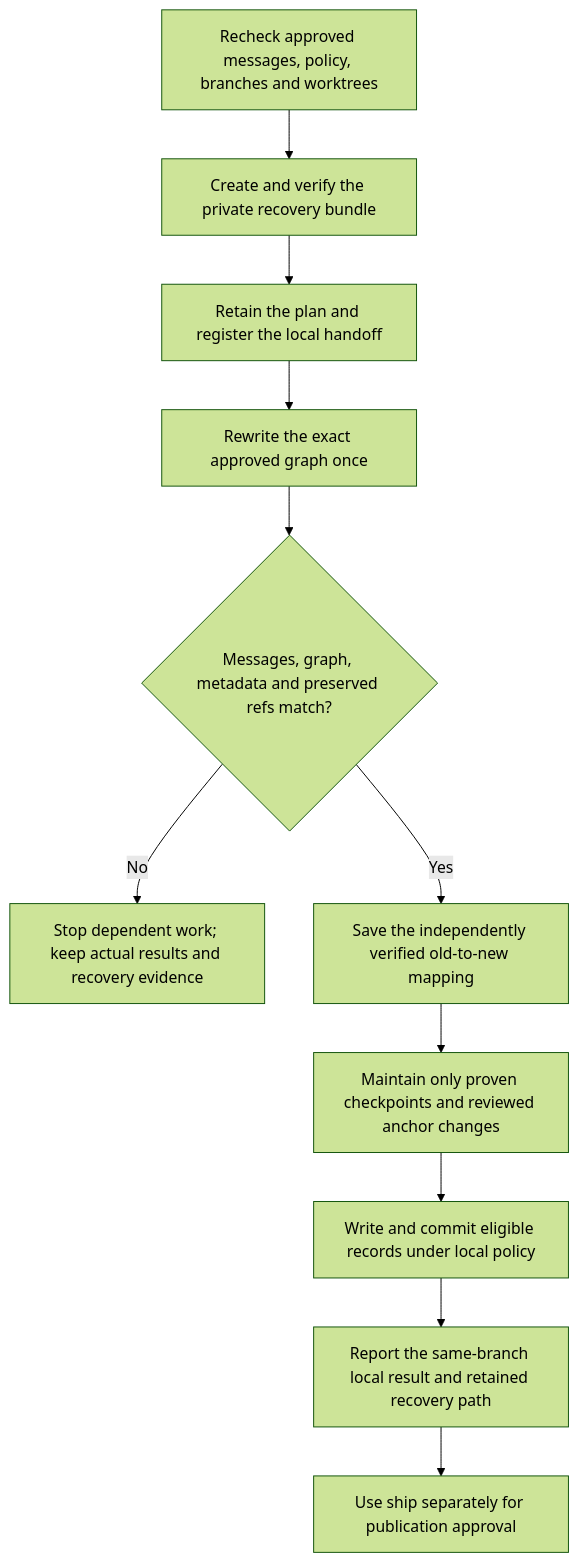
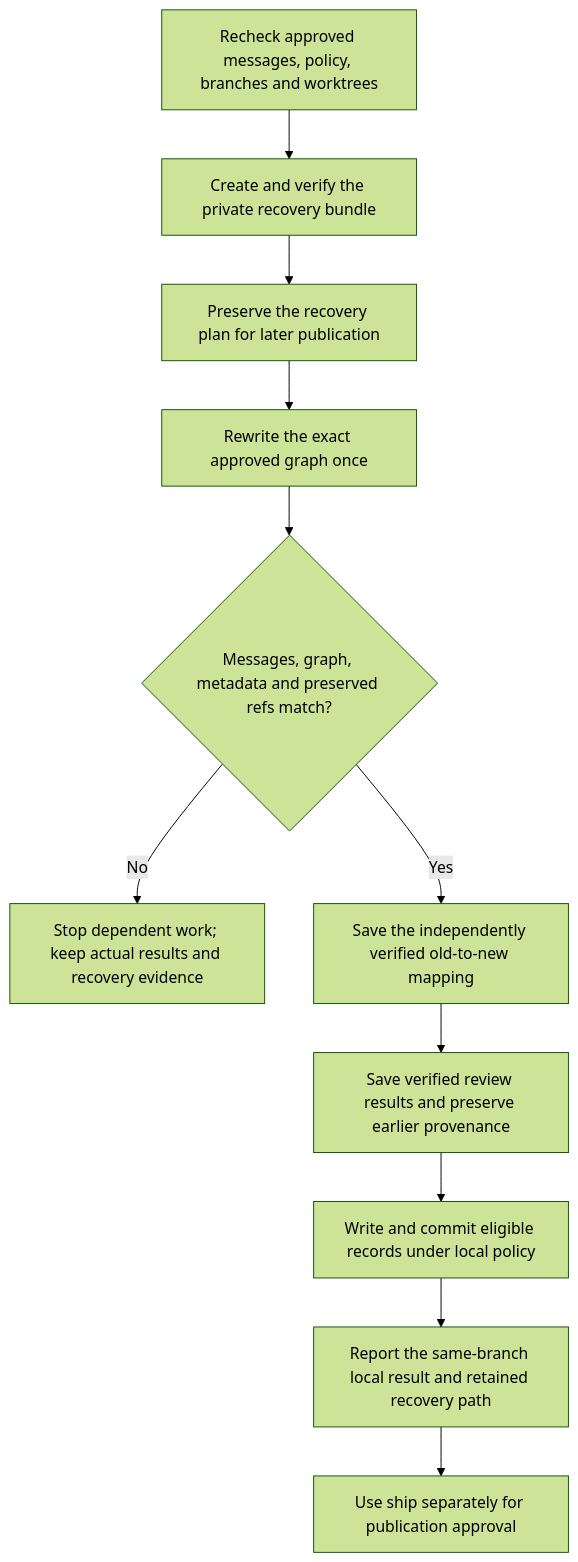
One commit to myowinthein/agent-helm changed the second of 2 diagrams in docs/commands/normalize/detailed.md. Above: the diagram before and after it, drawn with Mermaid (forest theme). The commit also changed other lines of this file and 25 other files, not shown here.

````diff
--- a/docs/commands/normalize/detailed.md
+++ b/docs/commands/normalize/detailed.md
@@ -47,13 +44,13 @@
 ```mermaid
 flowchart TD
   Recheck["Recheck approved messages, policy, branches and worktrees"] --> Backup["Create and verify the private recovery bundle"]
-  Backup --> Evidence["Retain the plan and register the local handoff"]
+  Backup --> Evidence["Preserve the recovery plan for later publication"]
   Evidence --> Filter["Rewrite the exact approved graph once"]
   Filter --> Verify{"Messages, graph, metadata and preserved refs match?"}
   Verify -->|No| Hold["Stop dependent work; keep actual results and recovery evidence"]
   Verify -->|Yes| Map["Save the independently verified old-to-new mapping"]
-  Map --> State["Maintain only proven checkpoints and reviewed anchor changes"]
+  Map --> State["Save verified review results and preserve earlier provenance"]
   State --> Commit["Write and commit eligible records under local policy"]
   Commit --> Finish["Report the same-branch local result and retained recovery path"]
   Finish --> Ship["Use ship separately for publication approval"]
 ```
````
